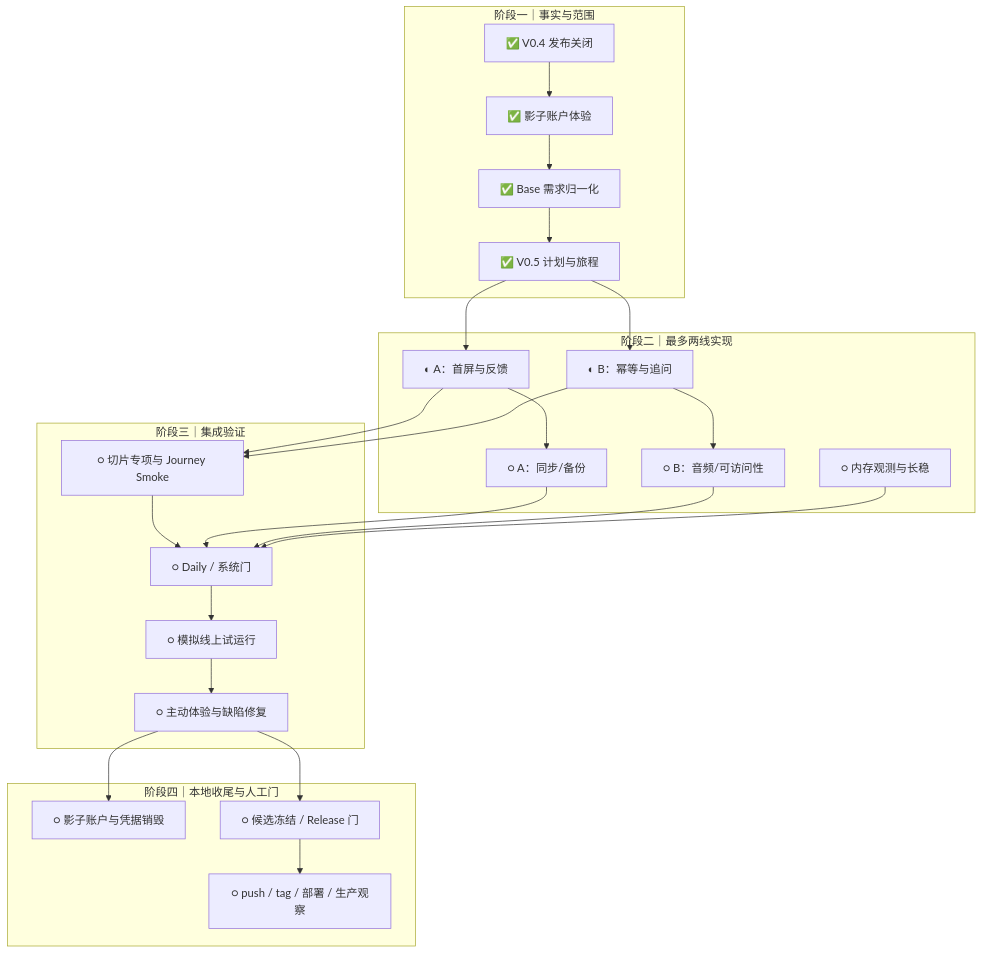
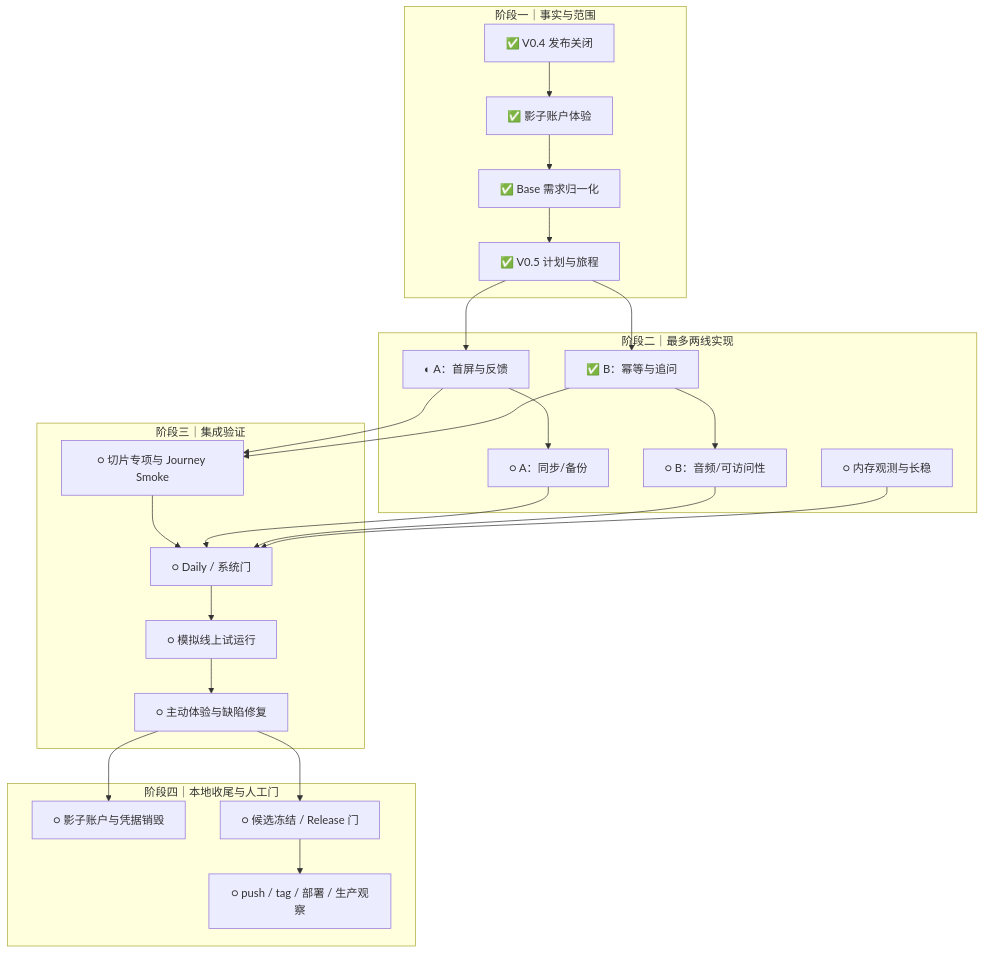
The diagram in reports/iteration-plan-v0.5.0-2026-10-03.md (77Liu/for-now), drawn with Mermaid before and after one commit. The commit also changed other lines of this file and 1 other file, not shown here.

````diff
--- a/reports/iteration-plan-v0.5.0-2026-10-03.md
+++ b/reports/iteration-plan-v0.5.0-2026-10-03.md
@@ -196,33 +196,33 @@
 ```mermaid
 flowchart TD
   subgraph BASE["阶段一｜事实与范围"]
     A["✅ V0.4 发布关闭"] --> B["✅ 影子账户体验"]
     B --> C["✅ Base 需求归一化"]
     C --> D["✅ V0.5 计划与旅程"]
   end
   subgraph BUILD["阶段二｜最多两线实现"]
     E["◐ A：首屏与反馈"] --> F["○ A：同步/备份"]
-    G["◐ B：幂等与追问"] --> H["○ B：音频/可访问性"]
+    G["✅ B：幂等与追问"] --> H["○ B：音频/可访问性"]
     I["○ 内存观测与长稳"]
   end
   subgraph VERIFY["阶段三｜集成验证"]
     J["○ 切片专项与 Journey Smoke"] --> K["○ Daily / 系统门"]
     K --> L["○ 模拟线上试运行"]
     L --> M["○ 主动体验与缺陷修复"]
   end
   subgraph CLOSE["阶段四｜本地收尾与人工门"]
     N["○ 影子账户与凭据销毁"]
     O["○ 候选冻结 / Release 门"]
     P["○ push / tag / 部署 / 生产观察"]
   end
   D --> E
   D --> G
   E --> J
   G --> J
   F --> K
   H --> K
   I --> K
   M --> N
   M --> O
   O --> P
 ```
````
